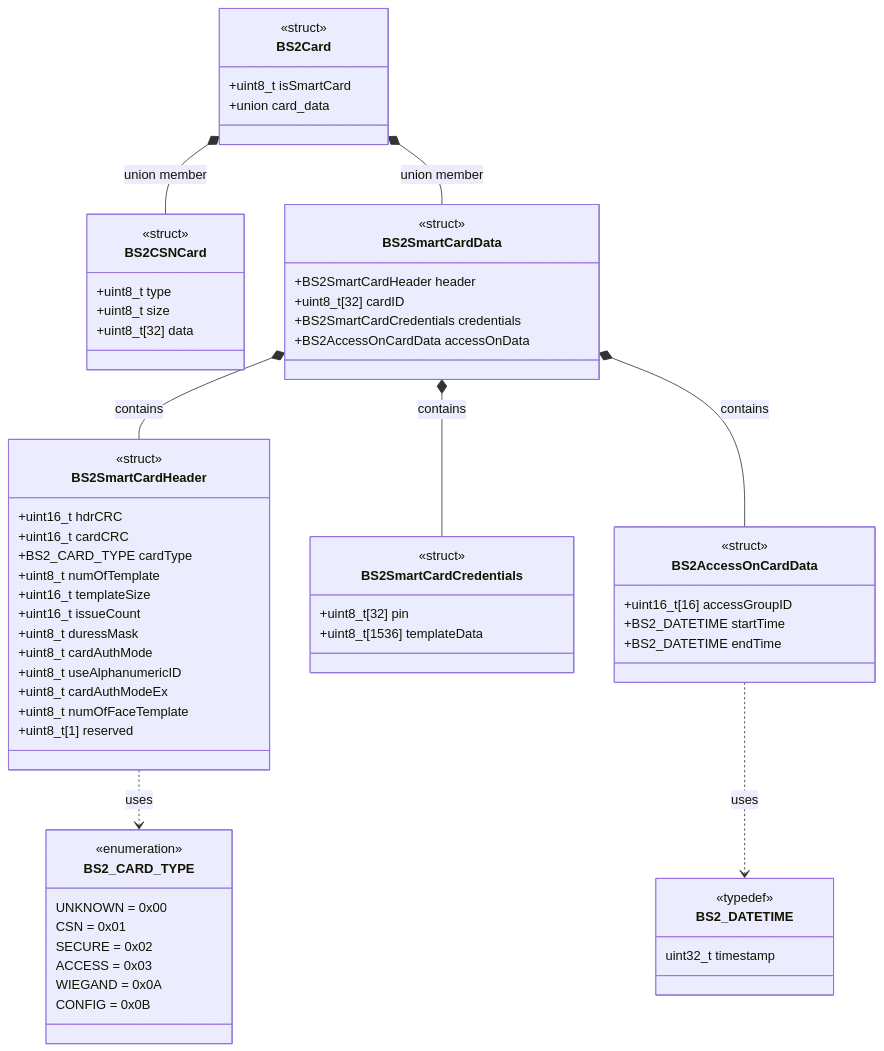
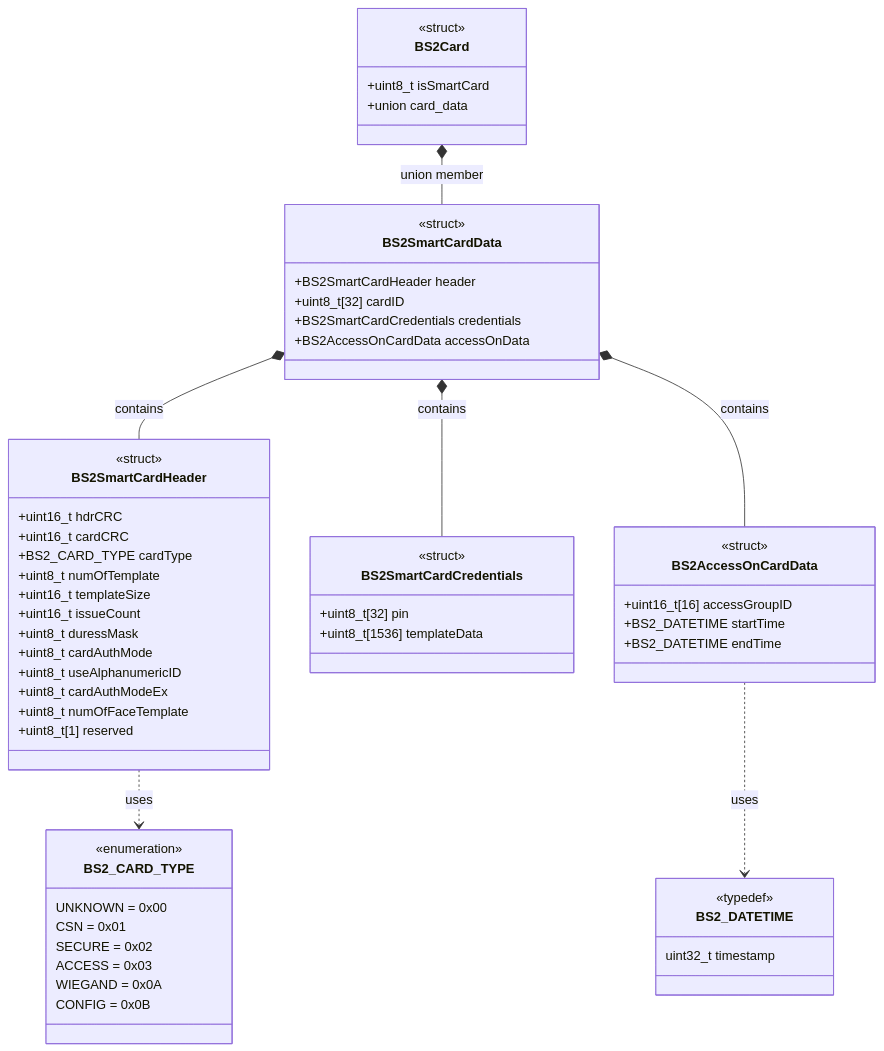
Before and after one commit to supremainc/docs: the diagram in docs/confidential/smartcardapi.mdx, drawn with Mermaid.

Commit message:
CSN 카드 구조체 삭제

```diff
--- a/docs/confidential/smartcardapi.mdx
+++ b/docs/confidential/smartcardapi.mdx
@@ -26,14 +26,6 @@
         <<struct>>
         +uint8_t isSmartCard
         +union card_data
-    }
-    
-    %% CSN 카드 구조체
-    class BS2CSNCard {
-        <<struct>>
-        +uint8_t type
-        +uint8_t size
-        +uint8_t[32] data
     }
     
     %% 스마트카드 데이터 구조체
@@ -94,7 +86,6 @@
     }
     
     %% 구조체 간 포함 관계 (Composition)
-    BS2Card *-- BS2CSNCard : union member
     BS2Card *-- BS2SmartCardData : union member
     BS2SmartCardData *-- BS2SmartCardHeader : contains
     BS2SmartCardData *-- BS2SmartCardCredentials : contains
@@ -103,7 +94,7 @@
     %% 타입 의존성 (Dependency)
     BS2SmartCardHeader ..> BS2_CARD_TYPE : uses
     BS2AccessOnCardData ..> BS2_DATETIME : uses
-    
+      
     %% 클래스 스타일 정의
     classDef coreStruct fill:#e3f2fd,stroke:#1976d2,stroke-width:3px
     classDef smartStruct fill:#f3e5f5,stroke:#7b1fa2,stroke-width:2px
```
